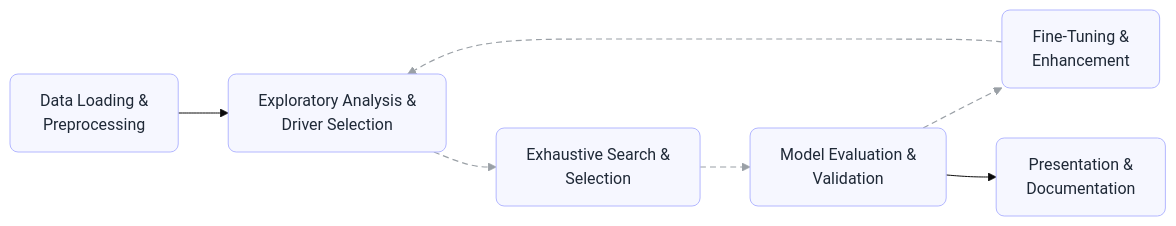
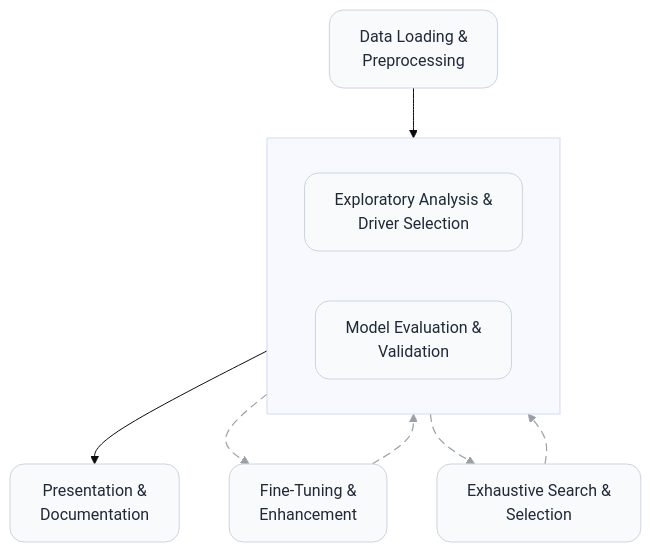
Before and after one commit to shawn-y-sun/Project_LEGO: the diagram in README.md, drawn with Mermaid (base theme).

````diff
--- a/README.md
+++ b/README.md
@@ -32,21 +32,33 @@
 ```mermaid
-flowchart LR
-    DL["Data Loading &\nPreprocessing"]:::step --> EDA["Exploratory Analysis &\nDriver Selection"]:::step
+flowchart TB
+    %% Top node
+    T["Exhaustive Search &\nSelection"]:::step
 
-    %% Iterative loop (dashed)
-    EDA -.-> SRCH["Exhaustive Search &\nSelection"]:::step
-    SRCH -.-> EVAL["Model Evaluation &\nValidation"]:::step
-    EVAL -.-> FT["Fine‑Tuning &\nEnhancement"]:::step
-    FT -.-> EDA
+    %% Middle row (left-right)
+    subgraph ROW_MIDDLE[ ]
+      direction LR
+      L["Exploratory Analysis &\nDriver Selection"]:::step
+      R["Model Evaluation &\nValidation"]:::step
+    end
 
-    %% Deliverable path
-    EVAL --> DOC["Presentation &\nDocumentation"]:::step
+    %% Bottom node
+    B["Fine‑Tuning &\nEnhancement"]:::step
 
-    %% Subtle styling closer to the reference image
-    linkStyle 1 stroke:#9aa0a6,stroke-width:1.2px,stroke-dasharray:6 4
-    linkStyle 2 stroke:#9aa0a6,stroke-width:1.2px,stroke-dasharray:6 4
-    linkStyle 3 stroke:#9aa0a6,stroke-width:1.2px,stroke-dasharray:6 4
-    linkStyle 4 stroke:#9aa0a6,stroke-width:1.2px,stroke-dasharray:6 4
+    %% Linear entry/exit
+    DL["Data Loading &\nPreprocessing"]:::step --> L
+    R --> DOC["Presentation &\nDocumentation"]:::step
 
-    classDef step fill:#f6f7ff,stroke:#b3b7ff,color:#1f2937,rx:8,ry:8
+    %% Dashed loop
+    T -.-> R
+    R -.-> B
+    B -.-> L
+    L -.-> T
+
+    %% Styling approximating the reference
+    linkStyle 2 stroke:#9aa0a6,stroke-width:1.2px,stroke-dasharray:8 5
+    linkStyle 3 stroke:#9aa0a6,stroke-width:1.2px,stroke-dasharray:8 5
+    linkStyle 4 stroke:#9aa0a6,stroke-width:1.2px,stroke-dasharray:8 5
+    linkStyle 5 stroke:#9aa0a6,stroke-width:1.2px,stroke-dasharray:8 5
+
+    classDef step fill:#f8fafc,stroke:#cbd5e1,color:#1f2937,rx:14,ry:14
 ```
````
